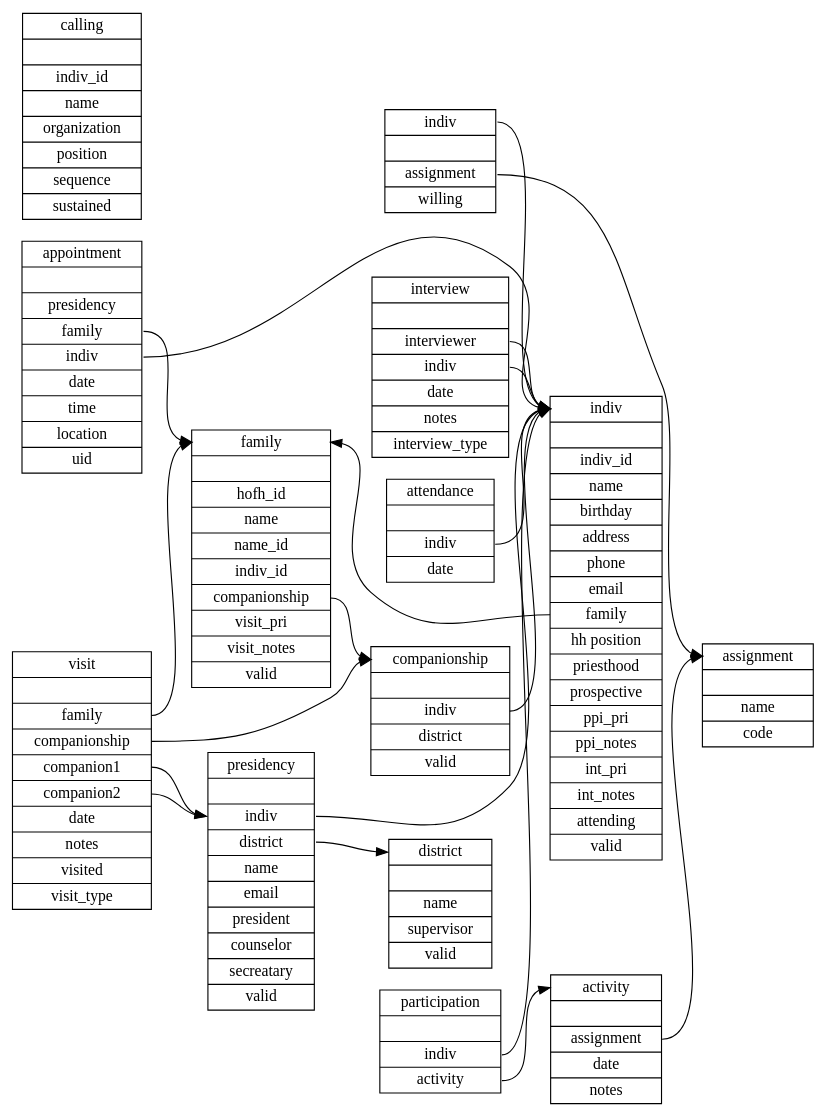
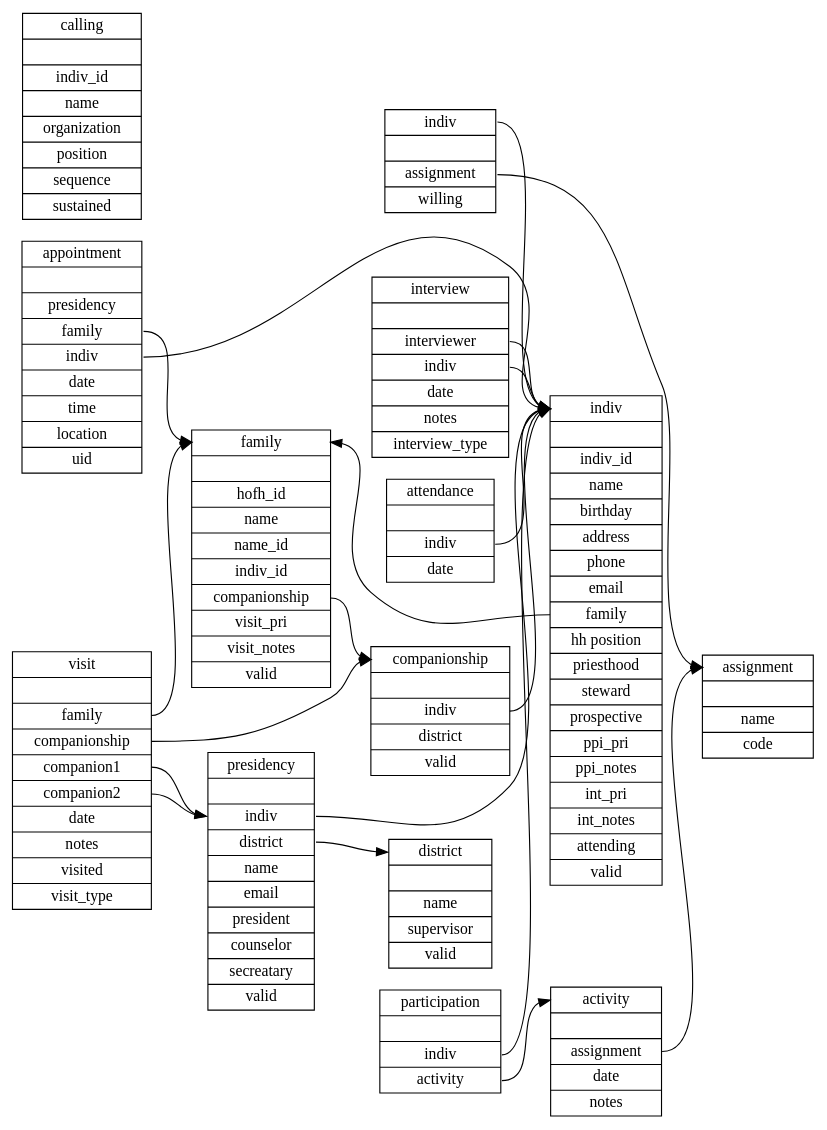
One commit to apippin/tc changed the diagram in sql/schema.dot. Above: the diagram before and after it, drawn with Graphviz. The commit also changed 9 other files, not shown here.

Commit message:
added steward field to tc_indiv so we can list prospective elders

```diff
--- a/sql/schema.dot
+++ b/sql/schema.dot
@@ -1,90 +1,90 @@
 digraph schema {
   graph [
     rankdir = "LR"
   ];
   family   [
     label = "<f> family||<i> hofh_id|<n> name|<ni> name_id|<i> indiv_id|<c> companionship|<vp> visit_pri|<vn> visit_notes|<v> valid"
     shape = "record"
   ];
   indiv   [
-    label = "<i> indiv||<id> indiv_id|<n> name|<b> birthday|<a> address|<p> phone|<em> email|<f> family|<hh> hh position|<po> priesthood|<pr> prospective|<pp> ppi_pri|<t> ppi_notes|<ip> int_pri|<in> int_notes|<a> attending|<v> valid"
+    label = "<i> indiv||<id> indiv_id|<n> name|<b> birthday|<a> address|<p> phone|<em> email|<f> family|<hh> hh position|<po> priesthood|<st> steward|<pr> prospective|<pp> ppi_pri|<t> ppi_notes|<ip> int_pri|<in> int_notes|<a> attending|<v> valid"
     shape = "record"
   ];
   companionship   [
     label = "<c> companionship||<i> indiv|<d> district|<v> valid"
     shape = "record"
   ];
   visit   [
     label = "<v> visit||<f> family|<c> companionship|<c1> companion1|<c2> companion2|<t> date|<n> notes|<v> visited|<vt> visit_type"
     shape = "record"
   ];
   interview   [
     label = "<in> interview||<i> interviewer|<il> indiv|<t> date|<n> notes|<it> interview_type"
     shape = "record"
   ];
   activity   [
     label = "<a> activity||<s> assignment|<t> date|<n> notes"
     shape = "record"
   ];
   participation   [
     label = "participation||<i> indiv|<a> activity"
     shape = "record"
   ];
   attendance   [
     label = "attendance||<i> indiv|<d> date"
     shape = "record"
   ];
   appointment   [
     label = "<a> appointment||<p> presidency|<f> family|<i> indiv |<d> date|<t> time|<l> location|<u> uid"
     shape = "record"
   ];
   assignment    [
     label = "<a> assignment||<n> name|<c> code"
     shape = "record"
   ];
   calling       [
     label = "calling||<i> indiv_id|<n> name|<o> organization|<p> position|<s> sequence|<t> sustained"
     shape = "record"
   ];
   district      [
     label = "<d> district||<n> name|<s> supervisor|<v> valid"
     shape = "record"
   ];
   presidency    [
     label = "<p> presidency||<i> indiv|<d> district|<n> name|<em> email|<pr> president|<cn> counselor|<sec> secreatary|<v> valid"
     shape = "record"
   ];
   willingness   [
     label = "<i> indiv||<a> assignment|<w> willing"
     shape = "record"
   ];
 
   family:c        -> companionship:c
   companionship:i -> indiv:i
 
   appointment:i   -> indiv:i
   appointment:f   -> family:f
 
   interview:il    -> indiv:i
   interview:i     -> indiv:i
 
   presidency:i    -> indiv:i
   presidency:d    -> district:d
 
   willingness:i   -> indiv:i
   willingness:a   -> assignment:a
 
   activity:s      -> assignment:a
 
   visit:c         -> companionship:c
   visit:f         -> family:f
   visit:c1        -> presidency:i
   visit:c2        -> presidency:i
 
   participation:i -> indiv:i
   participation:a -> activity:a
 
   attendance:i    -> indiv:i
 
   indiv:f        -> family:f
 }
```
